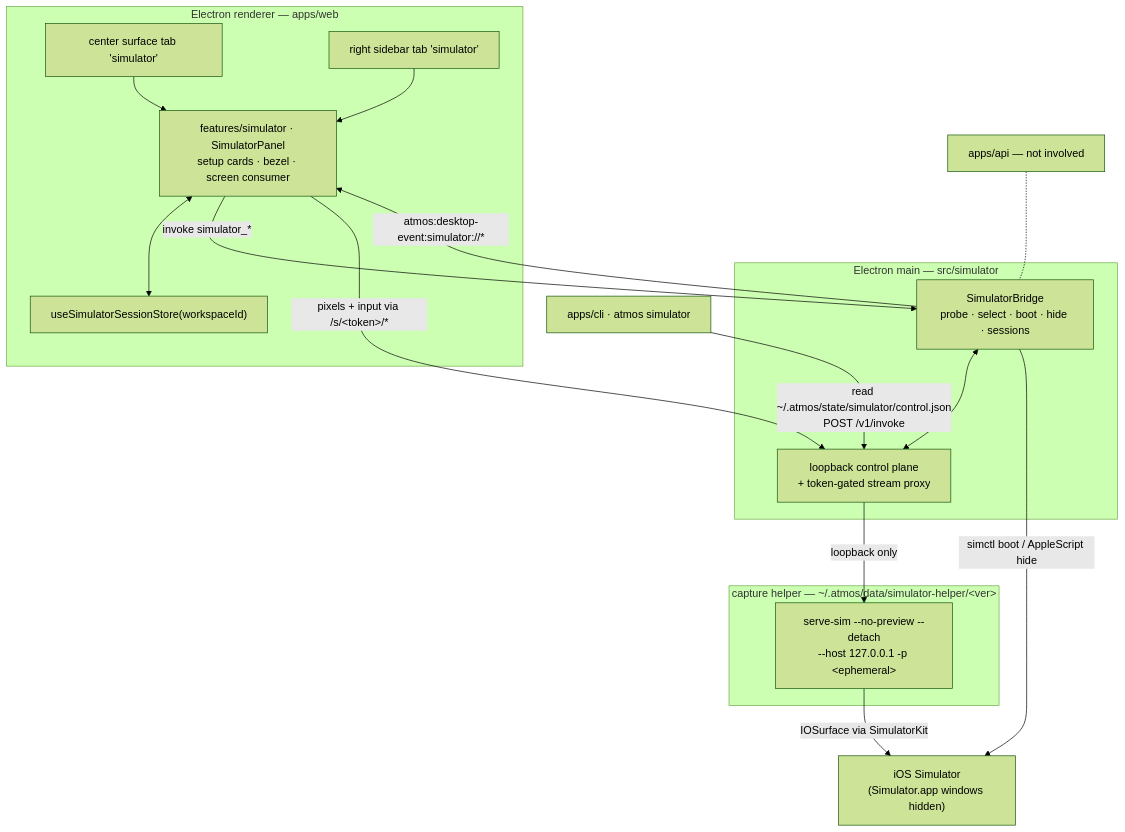
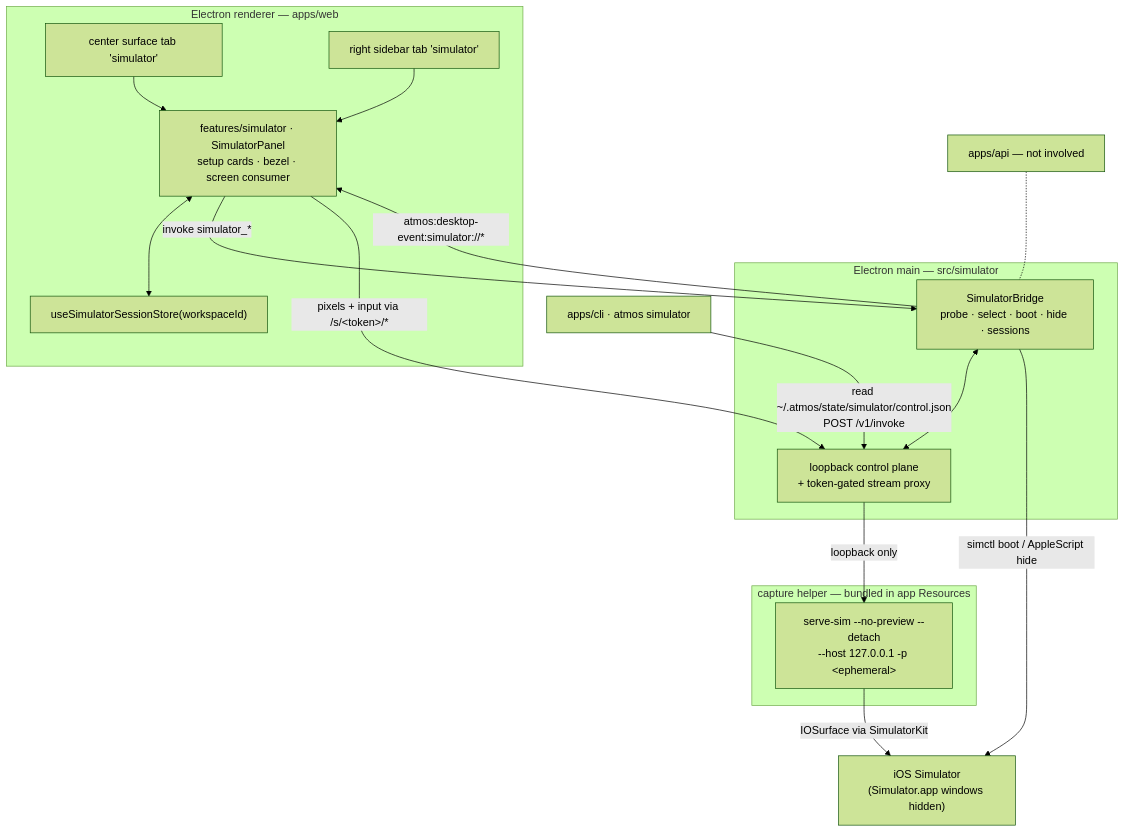
One commit to AruNi-01/atmos changed the diagram in specs/APP/APP-058_workspace-simulator/TECH.md. Above: the diagram before and after it, drawn with Mermaid (forest theme). The commit also changed other lines of this file and 3 other files, not shown here.

First line of the commit message:
specs(APP-058): bundle the capture helper, no entitlement, one authorization

````diff
--- a/specs/APP/APP-058_workspace-simulator/TECH.md
+++ b/specs/APP/APP-058_workspace-simulator/TECH.md
@@ -27,35 +26,35 @@
 ```mermaid
 flowchart TB
   subgraph R["Electron renderer — apps/web"]
     P["features/simulator · SimulatorPanel<br/>setup cards · bezel · screen consumer"]
     S["useSimulatorSessionStore(workspaceId)"]
     CT["center surface tab 'simulator'"]
     RS["right sidebar tab 'simulator'"]
     CT --> P
     RS --> P
     P <--> S
   end
 
   subgraph M["Electron main — src/simulator"]
     B["SimulatorBridge<br/>probe · select · boot · hide · sessions"]
     X["loopback control plane<br/>+ token-gated stream proxy"]
     B <--> X
   end
 
-  subgraph H["capture helper — ~/.atmos/data/simulator-helper/&lt;ver&gt;"]
+  subgraph H["capture helper — bundled in app Resources"]
     SS["serve-sim --no-preview --detach<br/>--host 127.0.0.1 -p &lt;ephemeral&gt;"]
   end
 
   SIM["iOS Simulator<br/>(Simulator.app windows hidden)"]
   CLI["apps/cli · atmos simulator"]
   API["apps/api — not involved"]
 
   P -- "invoke simulator_*" --> B
   B -- "atmos:desktop-event:simulator://*" --> P
   P -- "pixels + input via /s/&lt;token&gt;/*" --> X
   X -- "loopback only" --> SS
   SS -- "IOSurface via SimulatorKit" --> SIM
   B -- "simctl boot / AppleScript hide" --> SIM
   CLI -- "read ~/.atmos/state/simulator/control.json<br/>POST /v1/invoke" --> X
   API -.- B
 ```
````
